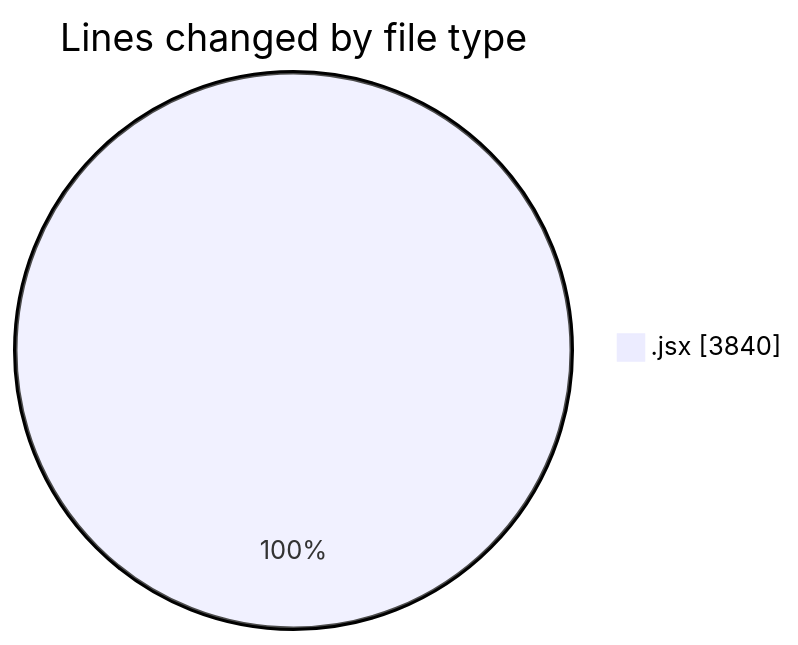
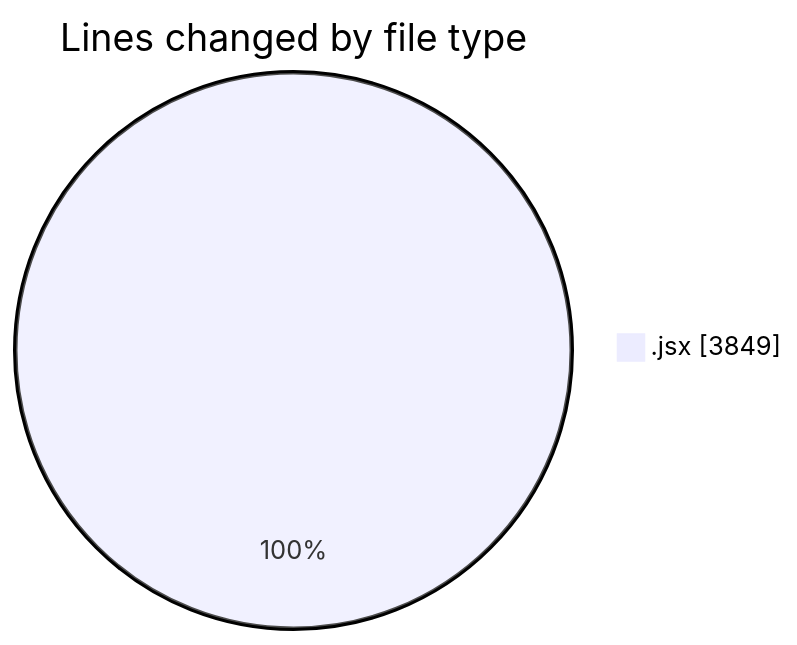
Before and after one commit to nxtqubesakshisongat/code-tracking: the first of 2 diagrams in 2025-11-18/nxtqube_webapp/README.md, drawn with Mermaid. The commit also changed other lines of this file and 1 other file, not shown here.

````diff
--- a/2025-11-18/nxtqube_webapp/README.md
+++ b/2025-11-18/nxtqube_webapp/README.md
@@ -23,5 +23,5 @@
 ```mermaid
 pie showData
 title Lines changed by file type
-".jsx" : 3840
+".jsx" : 3849
 ```
````
